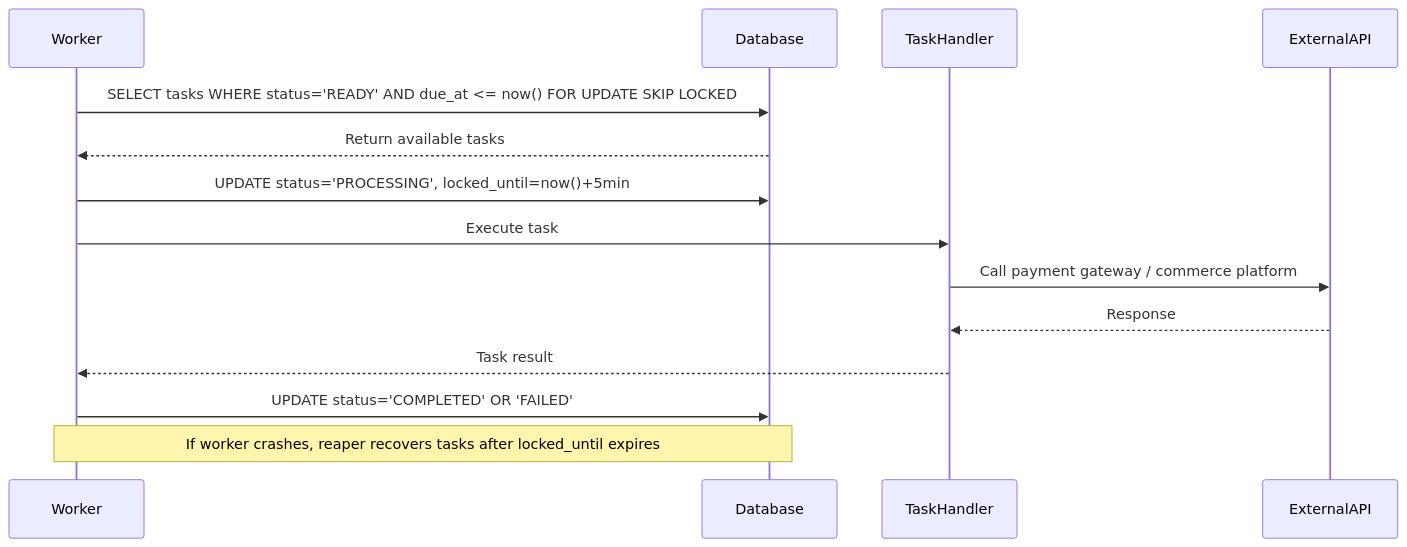
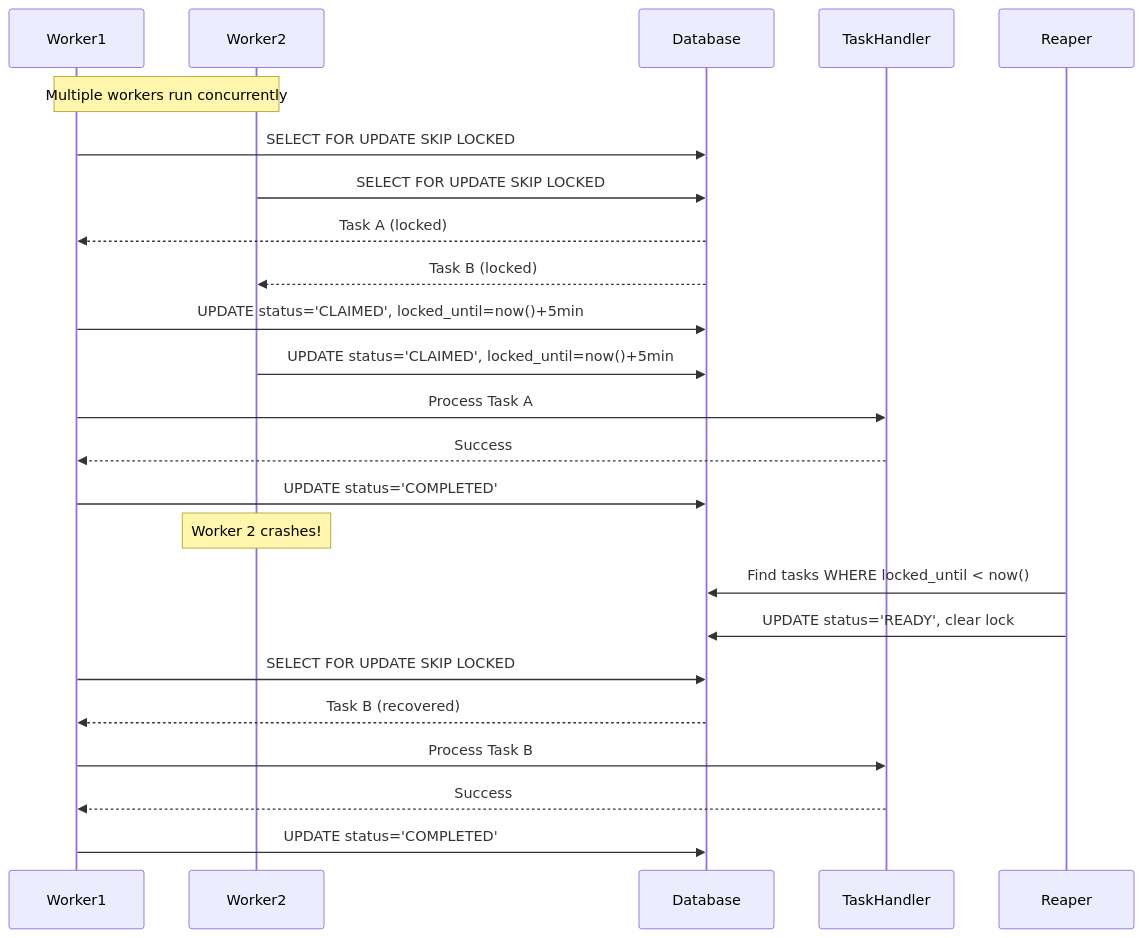
The fifth of 9 diagrams in README.md (neeraj-agentic-lab/SubscriptionManager), drawn with Mermaid before and after one commit. The commit also changed other lines of this file and 190 other files, not shown here.

First line of the commit message:
feat: Update README, optimize startup, separate API/Worker scheduled jobs, update GCP deployment

````diff
--- a/README.md
+++ b/README.md
@@ -410,18 +717,33 @@
 ```mermaid
 sequenceDiagram
-    participant Worker
+    participant Worker1
+    participant Worker2
     participant Database
     participant TaskHandler
-    participant ExternalAPI
+    participant Reaper
     
-    Worker->>Database: SELECT tasks WHERE status='READY' AND due_at <= now() FOR UPDATE SKIP LOCKED
-    Database-->>Worker: Return available tasks
-    Worker->>Database: UPDATE status='PROCESSING', locked_until=now()+5min
-    Worker->>TaskHandler: Execute task
-    TaskHandler->>ExternalAPI: Call payment gateway / commerce platform
-    ExternalAPI-->>TaskHandler: Response
-    TaskHandler-->>Worker: Task result
-    Worker->>Database: UPDATE status='COMPLETED' OR 'FAILED'
+    Note over Worker1,Worker2: Multiple workers run concurrently
     
-    Note over Worker,Database: If worker crashes, reaper recovers tasks after locked_until expires
+    Worker1->>Database: SELECT FOR UPDATE SKIP LOCKED
+    Worker2->>Database: SELECT FOR UPDATE SKIP LOCKED
+    Database-->>Worker1: Task A (locked)
+    Database-->>Worker2: Task B (locked)
+    
+    Worker1->>Database: UPDATE status='CLAIMED', locked_until=now()+5min
+    Worker2->>Database: UPDATE status='CLAIMED', locked_until=now()+5min
+    
+    Worker1->>TaskHandler: Process Task A
+    TaskHandler-->>Worker1: Success
+    Worker1->>Database: UPDATE status='COMPLETED'
+    
+    Note over Worker2: Worker 2 crashes!
+    
+    Reaper->>Database: Find tasks WHERE locked_until < now()
+    Reaper->>Database: UPDATE status='READY', clear lock
+    
+    Worker1->>Database: SELECT FOR UPDATE SKIP LOCKED
+    Database-->>Worker1: Task B (recovered)
+    Worker1->>TaskHandler: Process Task B
+    TaskHandler-->>Worker1: Success
+    Worker1->>Database: UPDATE status='COMPLETED'
 ```
````
